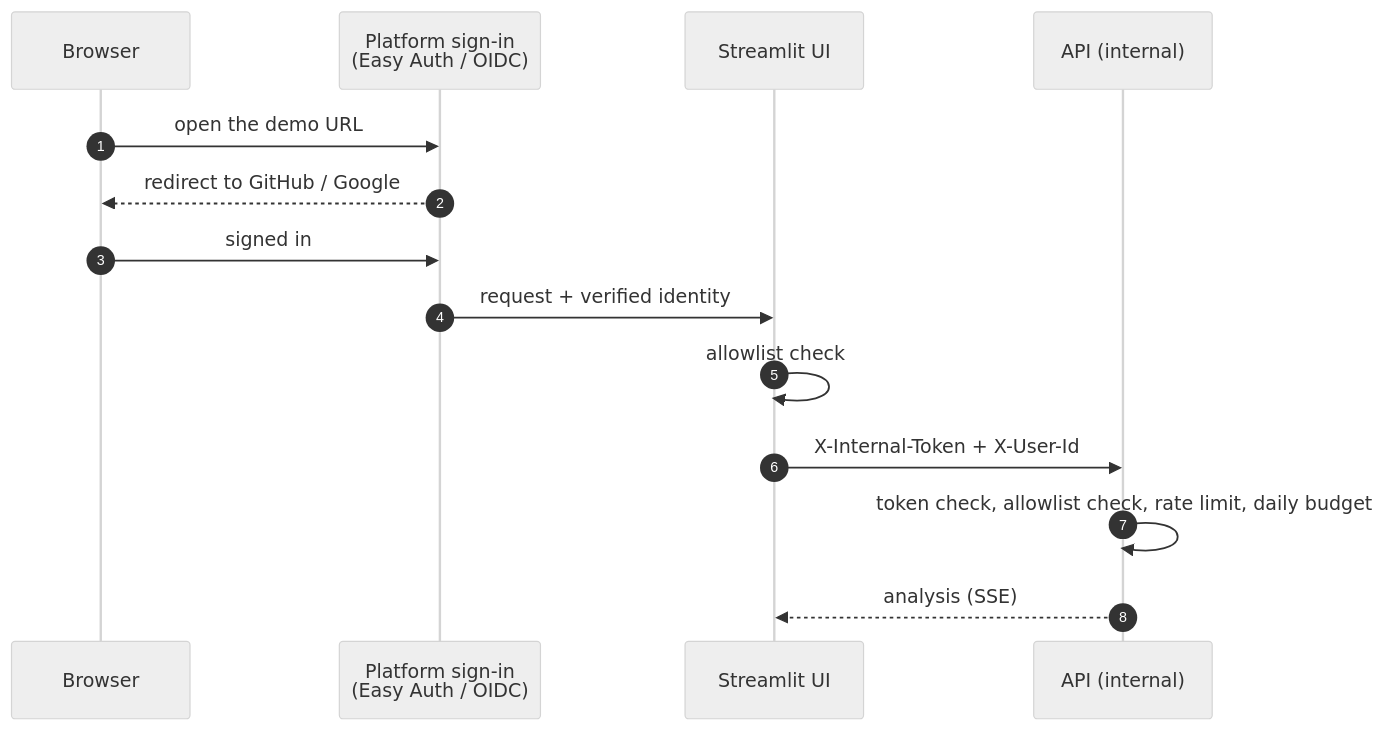
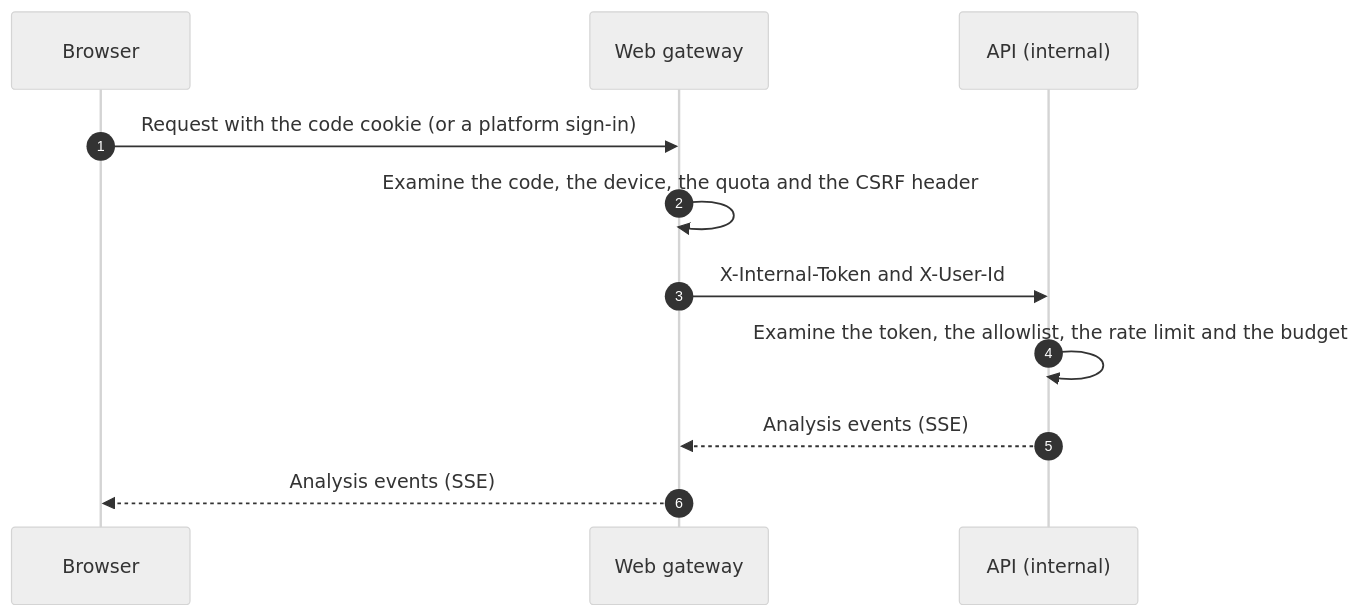
Before and after one commit to MuhammetAliVarlik/AgenticInvestingEngine: the sixth of 12 diagrams in docs/DEPLOYMENT.md, drawn with Mermaid (neutral theme). The commit also changed other lines of this file and 3 other files, not shown here.

First line of the commit message:
Rewrite the documentation in ASD-STE100 with Mermaid diagrams

````diff
--- a/docs/DEPLOYMENT.md
+++ b/docs/DEPLOYMENT.md
@@ -18,16 +191,13 @@
 ```mermaid
 sequenceDiagram
     autonumber
     participant B as Browser
-    participant A as Platform sign-in<br/>(Easy Auth / OIDC)
-    participant UI as Streamlit UI
+    participant UI as Web gateway
     participant API as API (internal)
-    B->>A: open the demo URL
-    A-->>B: redirect to GitHub / Google
-    B->>A: signed in
-    A->>UI: request + verified identity
-    UI->>UI: allowlist check
-    UI->>API: X-Internal-Token + X-User-Id
-    API->>API: token check, allowlist check, rate limit, daily budget
-    API-->>UI: analysis (SSE)
+    B->>UI: Request with the code cookie (or a platform sign-in)
+    UI->>UI: Examine the code, the device, the quota and the CSRF header
+    UI->>API: X-Internal-Token and X-User-Id
+    API->>API: Examine the token, the allowlist, the rate limit and the budget
+    API-->>UI: Analysis events (SSE)
+    UI-->>B: Analysis events (SSE)
 ```
````
